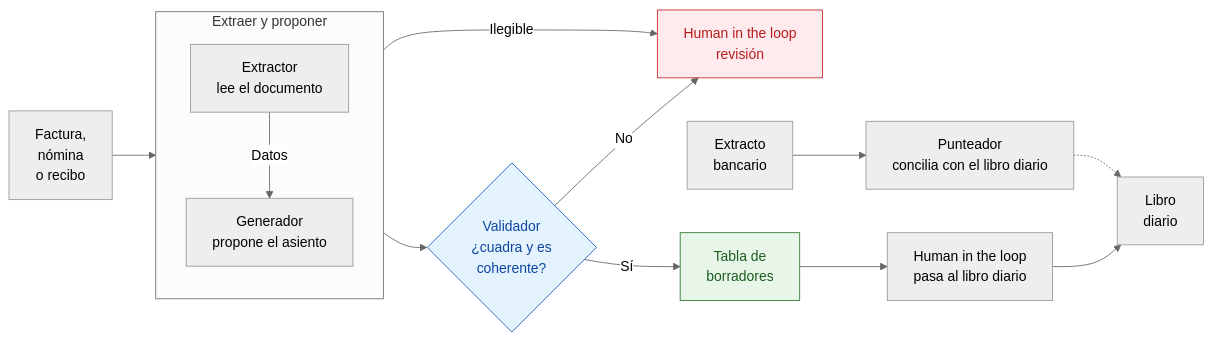
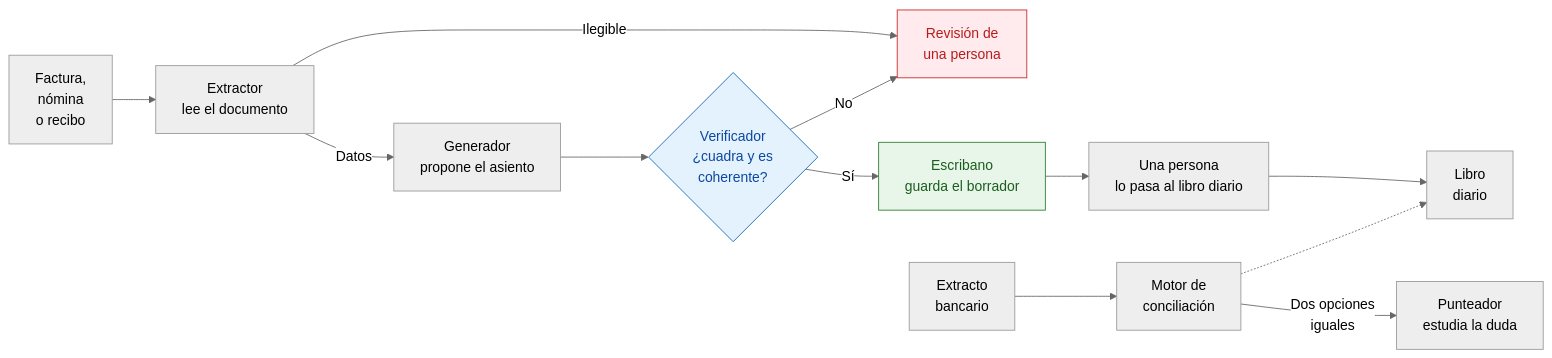
One commit to jleonceo/accounting-agent-swarm changed the diagram in README.md. Above: the diagram before and after it, drawn with Mermaid (neutral theme). The commit also changed other lines of this file and 1 other file, not shown here.

````diff
--- a/README.md
+++ b/README.md
@@ -19,19 +25,17 @@
 ```mermaid
 flowchart LR
-    D[Factura,<br/>nómina<br/>o recibo] --> S1
-    subgraph S1[Extraer y proponer]
-        direction TB
-        E[Extractor<br/>lee el documento] -->|Datos| G[Generador<br/>propone el asiento]
-    end
-    S1 --> V{Validador<br/>¿cuadra y es<br/>coherente?}
-    S1 -->|Ilegible| H[Human in the loop<br/>revisión]
+    D[Factura,<br/>nómina<br/>o recibo] --> E[Extractor<br/>lee el documento]
+    E -->|Datos| G[Generador<br/>propone el asiento]
+    G --> V{Verificador<br/>¿cuadra y es<br/>coherente?}
+    E -->|Ilegible| H[Revisión de<br/>una persona]
     V -->|No| H
-    V -->|Sí| BO[Tabla de<br/>borradores]
-    BO --> H2[Human in the loop<br/>pasa al libro diario]
+    V -->|Sí| W[Escribano<br/>guarda el borrador]
+    W --> H2[Una persona<br/>lo pasa al libro diario]
     H2 --> LD[Libro<br/>diario]
-    X[Extracto<br/>bancario] --> P[Punteador<br/>concilia con el libro diario]
-    P -.-> LD
+    X[Extracto<br/>bancario] --> M[Motor de<br/>conciliación]
+    M -->|Dos opciones<br/>iguales| P[Punteador<br/>estudia la duda]
+    M -.-> LD
     style V fill:#e3f2fd,stroke:#1565c0,color:#0d47a1
-    style BO fill:#e8f5e9,stroke:#2e7d32,color:#1b5e20
+    style W fill:#e8f5e9,stroke:#2e7d32,color:#1b5e20
     style H fill:#ffebee,stroke:#c62828,color:#b71c1c
 ```
````
